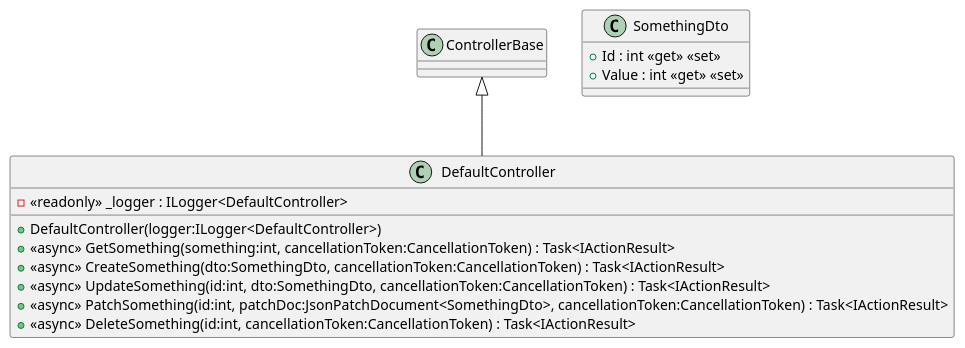
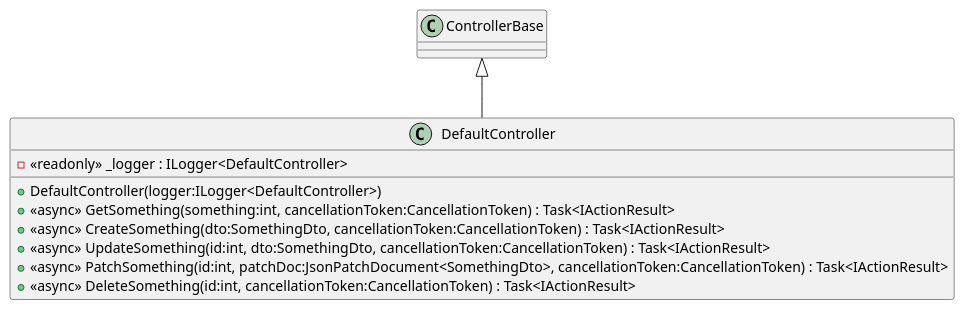
The diagram in __extras__/docu/plantuml/DefaultController.puml (domoar/CleanArchitectureTemplate), drawn with PlantUML before and after one commit.

Commit message:
chore: update PlantUML diagrams

```diff
--- a/__extras__/docu/plantuml/DefaultController.puml
+++ b/__extras__/docu/plantuml/DefaultController.puml
@@ -1,16 +1,12 @@
 @startuml
 class DefaultController {
     - <<readonly>> _logger : ILogger<DefaultController>
     + DefaultController(logger:ILogger<DefaultController>)
     + <<async>> GetSomething(something:int, cancellationToken:CancellationToken) : Task<IActionResult>
     + <<async>> CreateSomething(dto:SomethingDto, cancellationToken:CancellationToken) : Task<IActionResult>
     + <<async>> UpdateSomething(id:int, dto:SomethingDto, cancellationToken:CancellationToken) : Task<IActionResult>
     + <<async>> PatchSomething(id:int, patchDoc:JsonPatchDocument<SomethingDto>, cancellationToken:CancellationToken) : Task<IActionResult>
     + <<async>> DeleteSomething(id:int, cancellationToken:CancellationToken) : Task<IActionResult>
 }
-class SomethingDto {
-    + Id : int <<get>> <<set>>
-    + Value : int <<get>> <<set>>
-}
 ControllerBase <|-- DefaultController
 @enduml
```
